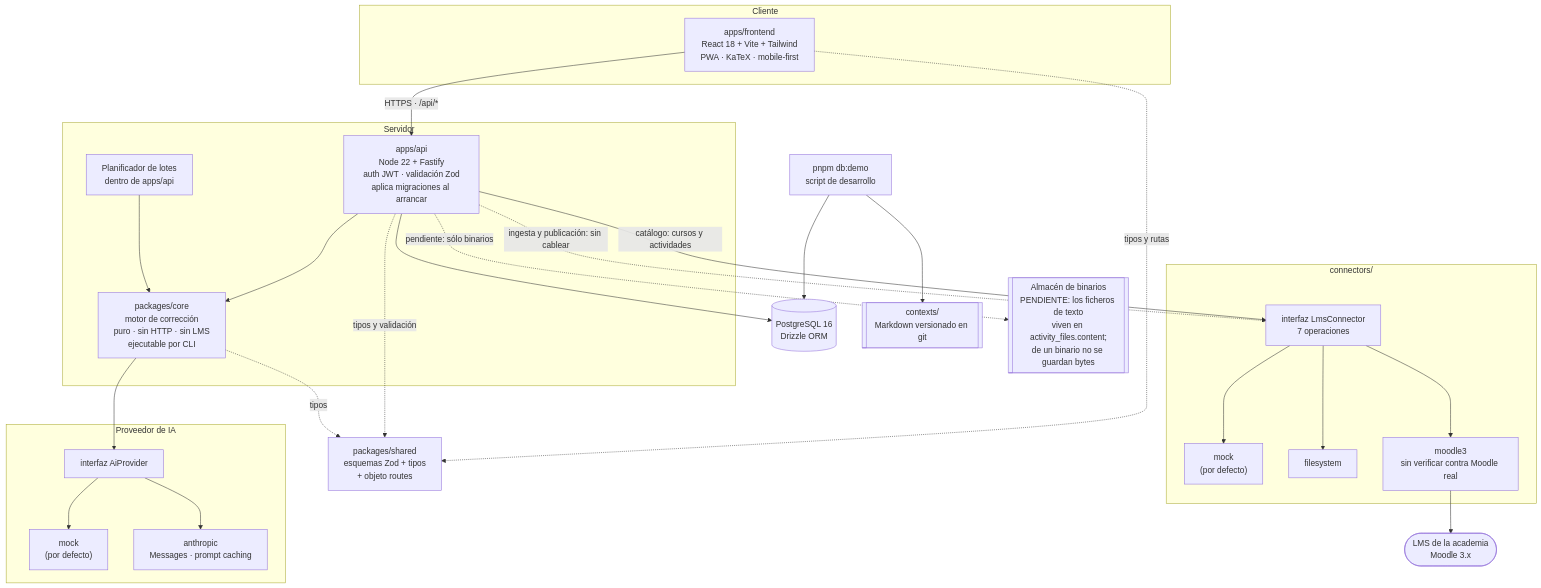
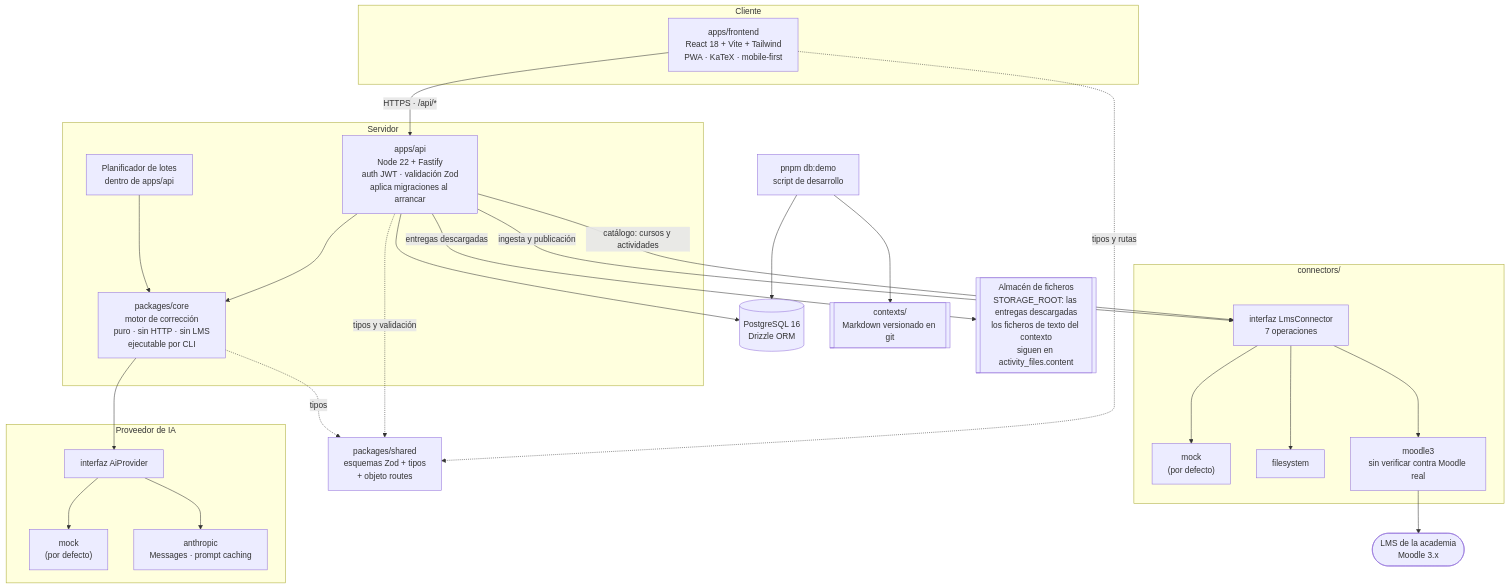
The first of 4 diagrams in docs/arquitectura.md (jamataran/vega), drawn with Mermaid before and after one commit. The commit also changed other lines of this file and 37 other files, not shown here.

````diff
--- a/docs/arquitectura.md
+++ b/docs/arquitectura.md
@@ -28,54 +28,54 @@
 ```mermaid
 graph TB
   subgraph cliente["Cliente"]
     PWA["apps/frontend<br/>React 18 + Vite + Tailwind<br/>PWA · KaTeX · mobile-first"]
   end
 
   subgraph servidor["Servidor"]
     API["apps/api<br/>Node 22 + Fastify<br/>auth JWT · validación Zod<br/>aplica migraciones al arrancar"]
     CORE["packages/core<br/>motor de corrección<br/>puro · sin HTTP · sin LMS<br/>ejecutable por CLI"]
     SCHED["Planificador de lotes<br/>dentro de apps/api"]
   end
 
   SHARED["packages/shared<br/>esquemas Zod + tipos<br/>+ objeto routes"]
 
   subgraph conectores["connectors/"]
     LMSIF["interfaz LmsConnector<br/>7 operaciones"]
     MOCK["mock<br/>(por defecto)"]
     FS["filesystem"]
     M3["moodle3<br/>sin verificar contra Moodle real"]
   end
 
   subgraph ia["Proveedor de IA"]
     AIIF["interfaz AiProvider"]
     AIMOCK["mock<br/>(por defecto)"]
     ANTH["anthropic<br/>Messages · prompt caching"]
   end
 
   DB[("PostgreSQL 16<br/>Drizzle ORM")]
   SEED["pnpm db:demo<br/>script de desarrollo"]
   CTX[["contexts/<br/>Markdown versionado en git"]]
-  FILES[["Almacén de binarios<br/>PENDIENTE: los ficheros de texto<br/>viven en activity_files.content;<br/>de un binario no se guardan bytes"]]
+  FILES[["Almacén de ficheros<br/>STORAGE_ROOT: las entregas descargadas<br/>los ficheros de texto del contexto<br/>siguen en activity_files.content"]]
   LMS(["LMS de la academia<br/>Moodle 3.x"])
 
   PWA -->|"HTTPS · /api/*"| API
   PWA -.->|tipos y rutas| SHARED
   API -.->|tipos y validación| SHARED
   CORE -.->|tipos| SHARED
 
   API --> DB
   API --> CORE
   SCHED --> CORE
-  API -.->|"pendiente: sólo binarios"| FILES
+  API -->|"entregas descargadas"| FILES
   SEED --> CTX
   SEED --> DB
   CORE --> AIIF
   AIIF --> AIMOCK
   AIIF --> ANTH
   API -->|"catálogo: cursos y actividades"| LMSIF
-  API -.->|"ingesta y publicación: sin cablear"| LMSIF
+  API -->|"ingesta y publicación"| LMSIF
   LMSIF --> MOCK
   LMSIF --> FS
   LMSIF --> M3
   M3 --> LMS
 ```
````
